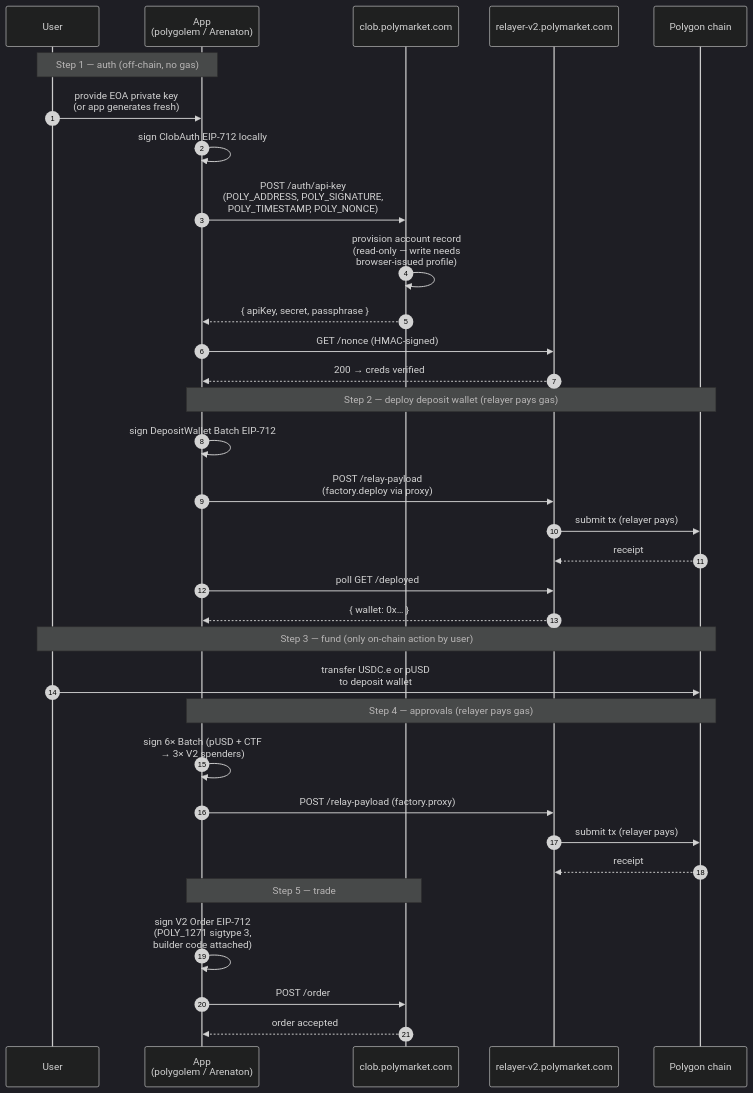
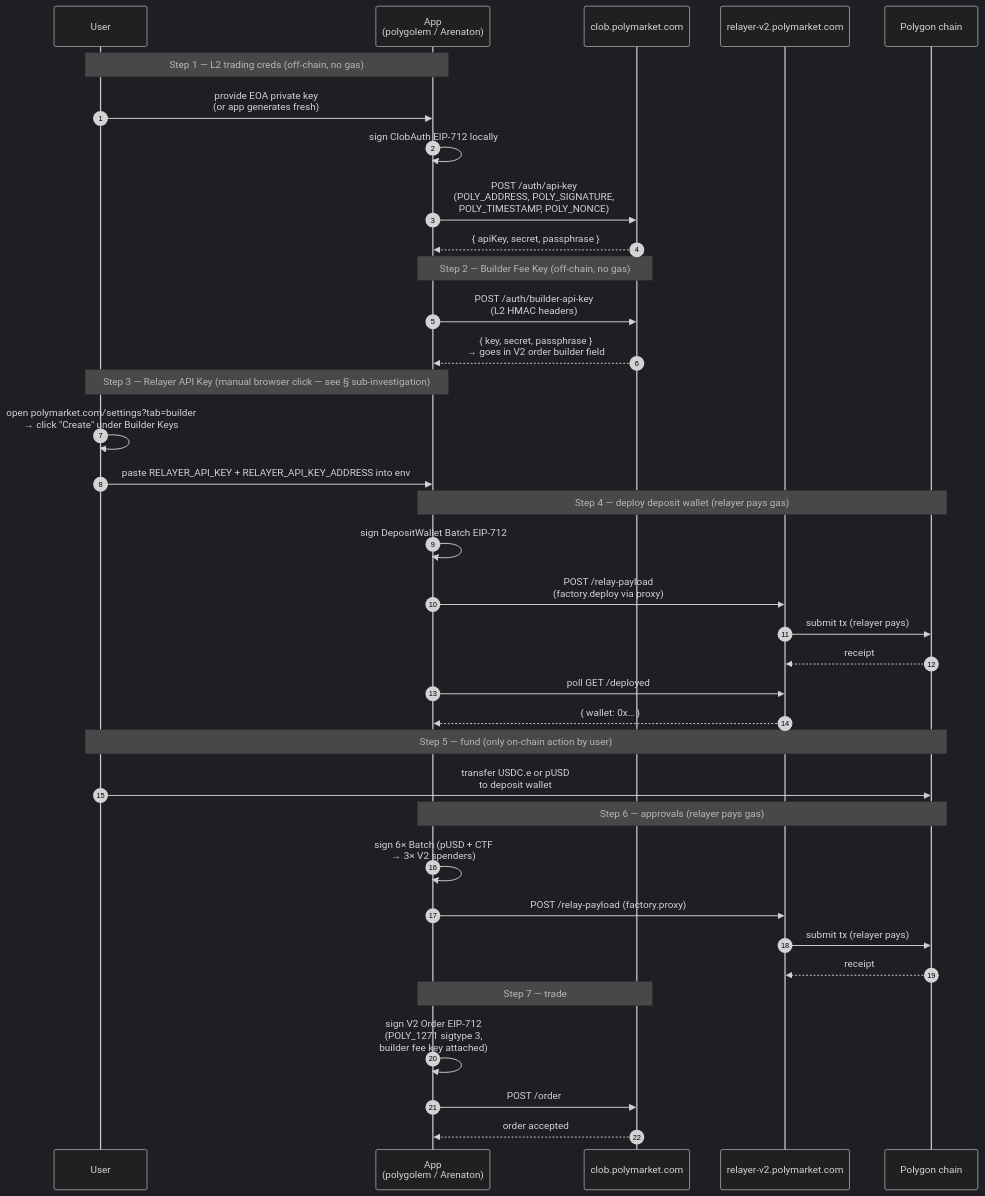
Before and after one commit to TrebuchetDynamics/polymarket-cli-go: the diagram in docs/BUILDER-AUTO.md, drawn with Mermaid (dark theme). The commit also changed other lines of this file and 9 other files, not shown here.

````diff
--- a/docs/BUILDER-AUTO.md
+++ b/docs/BUILDER-AUTO.md
@@ -83,40 +76,45 @@
 ```mermaid
 sequenceDiagram
     autonumber
     participant U as User
     participant A as App<br/>(polygolem / Arenaton)
     participant C as clob.polymarket.com
     participant R as relayer-v2.polymarket.com
     participant P as Polygon chain
 
-    Note over U,A: Step 1 — auth (off-chain, no gas)
+    Note over U,A: Step 1 — L2 trading creds (off-chain, no gas)
     U->>A: provide EOA private key<br/>(or app generates fresh)
     A->>A: sign ClobAuth EIP-712 locally
     A->>C: POST /auth/api-key<br/>(POLY_ADDRESS, POLY_SIGNATURE,<br/>POLY_TIMESTAMP, POLY_NONCE)
-    C->>C: provision account record<br/>(read-only — write needs<br/>browser-issued profile)
     C-->>A: { apiKey, secret, passphrase }
-    A->>R: GET /nonce (HMAC-signed)
-    R-->>A: 200 → creds verified
 
-    Note over A,P: Step 2 — deploy deposit wallet (relayer pays gas)
+    Note over A,C: Step 2 — Builder Fee Key (off-chain, no gas)
+    A->>C: POST /auth/builder-api-key<br/>(L2 HMAC headers)
+    C-->>A: { key, secret, passphrase }<br/>→ goes in V2 order builder field
+
+    Note over U,A: Step 3 — Relayer API Key (manual browser click — see § sub-investigation)
+    U->>U: open polymarket.com/settings?tab=builder<br/>→ click "Create" under Builder Keys
+    U->>A: paste RELAYER_API_KEY + RELAYER_API_KEY_ADDRESS into env
+
+    Note over A,P: Step 4 — deploy deposit wallet (relayer pays gas)
     A->>A: sign DepositWallet Batch EIP-712
     A->>R: POST /relay-payload<br/>(factory.deploy via proxy)
     R->>P: submit tx (relayer pays)
     P-->>R: receipt
     A->>R: poll GET /deployed
     R-->>A: { wallet: 0x… }
 
-    Note over U,P: Step 3 — fund (only on-chain action by user)
+    Note over U,P: Step 5 — fund (only on-chain action by user)
     U->>P: transfer USDC.e or pUSD<br/>to deposit wallet
 
-    Note over A,P: Step 4 — approvals (relayer pays gas)
+    Note over A,P: Step 6 — approvals (relayer pays gas)
     A->>A: sign 6× Batch (pUSD + CTF<br/>→ 3× V2 spenders)
     A->>R: POST /relay-payload (factory.proxy)
     R->>P: submit tx (relayer pays)
     P-->>R: receipt
 
-    Note over A,C: Step 5 — trade
-    A->>A: sign V2 Order EIP-712<br/>(POLY_1271 sigtype 3,<br/>builder code attached)
+    Note over A,C: Step 7 — trade
+    A->>A: sign V2 Order EIP-712<br/>(POLY_1271 sigtype 3,<br/>builder fee key attached)
     A->>C: POST /order
     C-->>A: order accepted
 ```
````
